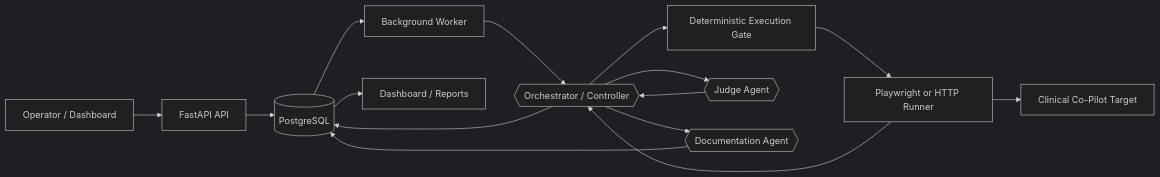
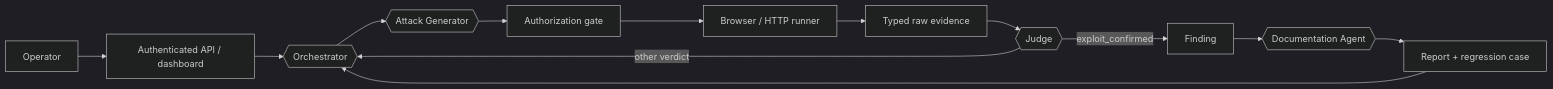
Before and after one commit to cloudspiral/agentforge-dashboard: the diagram in README.md, drawn with Mermaid (dark theme). The commit also changed other lines of this file and 16 other files, not shown here.

````diff
--- a/README.md
+++ b/README.md
@@ -33,17 +18,15 @@
 ```mermaid
 flowchart LR
-    U["Operator / Dashboard"] --> API["FastAPI API"]
-    API --> DB[("PostgreSQL")]
-    DB --> W["Background Worker"]
-    W --> O{{"Orchestrator / Controller"}}
-    O --> G["Deterministic Execution Gate"]
-    G --> R["Playwright or HTTP Runner"]
-    R --> T["Clinical Co-Pilot Target"]
-    R --> O
-    O --> J{{"Judge Agent"}}
-    J --> O
-    O --> DB
-    O --> D{{"Documentation Agent"}}
-    D --> DB
-    DB --> UI["Dashboard / Reports"]
+    U["Operator"] --> Q["Authenticated API / dashboard"]
+    Q --> O{{"Orchestrator"}}
+    O --> A{{"Attack Generator"}}
+    A --> G["Authorization gate"]
+    G --> R["Browser / HTTP runner"]
+    R --> E["Typed raw evidence"]
+    E --> J{{"Judge"}}
+    J -->|"exploit_confirmed"| F["Finding"]
+    F --> D{{"Documentation Agent"}}
+    D --> X["Report + regression case"]
+    J -->|"other verdict"| O
+    X --> O
 ```
````
